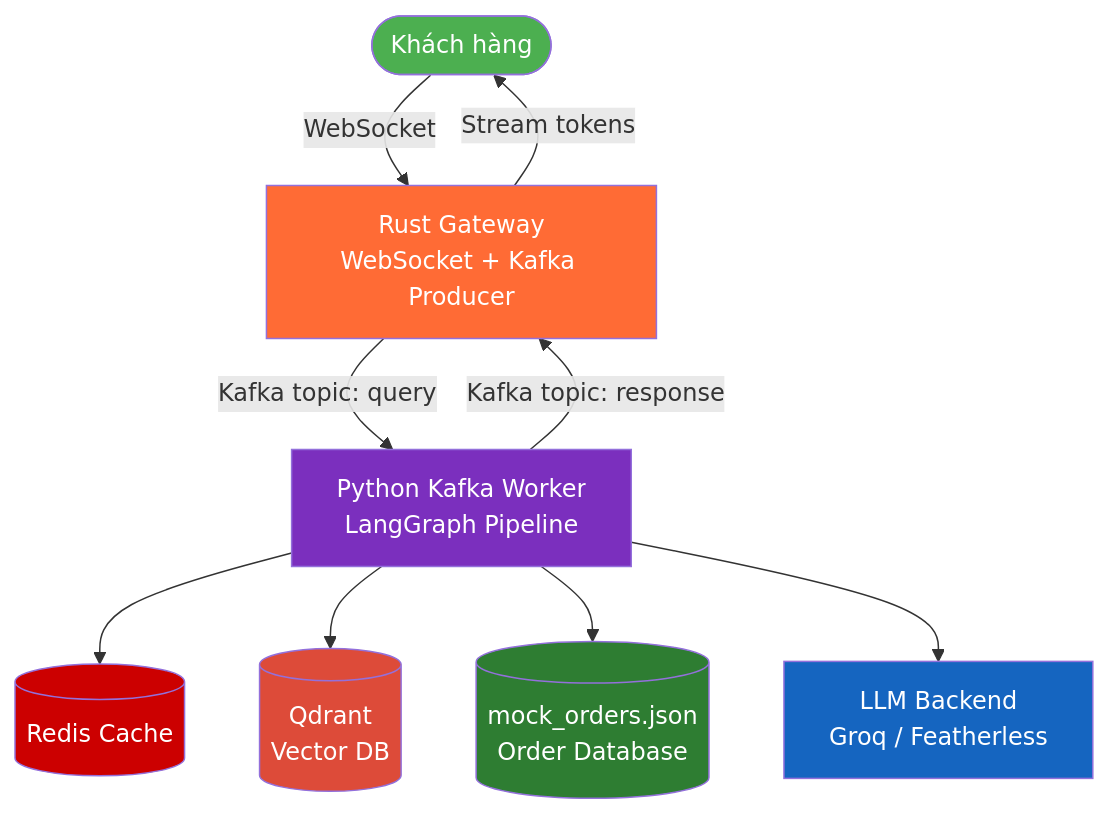
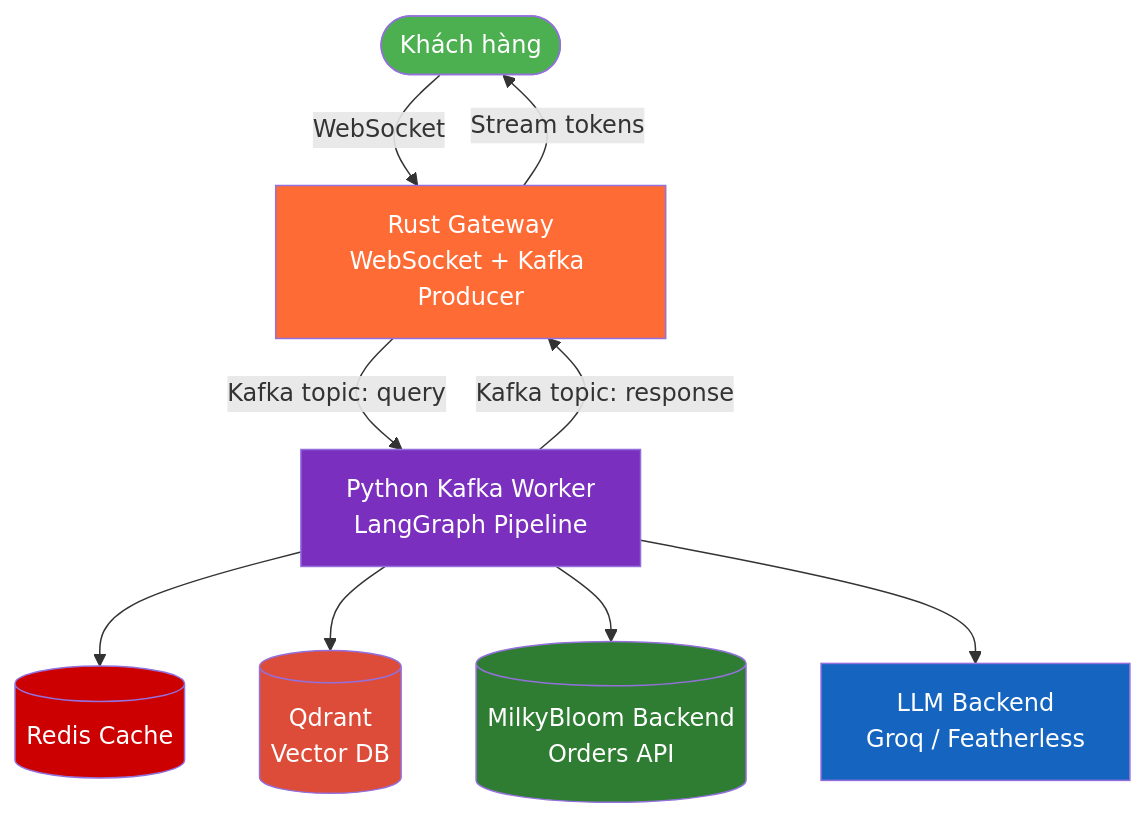
One commit to QuangVoAI/MilkyBloomVibeCode changed the first of 3 diagrams in agentic-ai/README.md. Above: the diagram before and after it, drawn with Mermaid. The commit also changed other lines of this file and 34 other files, not shown here.

````diff
--- a/agentic-ai/README.md
+++ b/agentic-ai/README.md
@@ -37,20 +37,20 @@
 ```mermaid
 graph TD
     U([Khách hàng]) -->|WebSocket| RB[Rust Gateway<br/>WebSocket + Kafka Producer]
     RB -->|Kafka topic: query| KW[Python Kafka Worker<br/>LangGraph Pipeline]
     KW -->|Kafka topic: response| RB
     RB -->|Stream tokens| U
 
     KW --> REDIS[(Redis Cache)]
     KW --> QDRANT[(Qdrant<br/>Vector DB)]
-    KW --> ORDERS[(mock_orders.json<br/>Order Database)]
+    KW --> ORDERS[(MilkyBloom Backend<br/>Orders API)]
     KW --> LLM[LLM Backend<br/>Groq / Featherless]
 
     style U fill:#4CAF50,color:#fff
     style RB fill:#FF6B35,color:#fff
     style KW fill:#7B2FBE,color:#fff
     style LLM fill:#1565C0,color:#fff
     style REDIS fill:#CC0000,color:#fff
     style QDRANT fill:#DD4B39,color:#fff
     style ORDERS fill:#2E7D32,color:#fff
 ```
````
